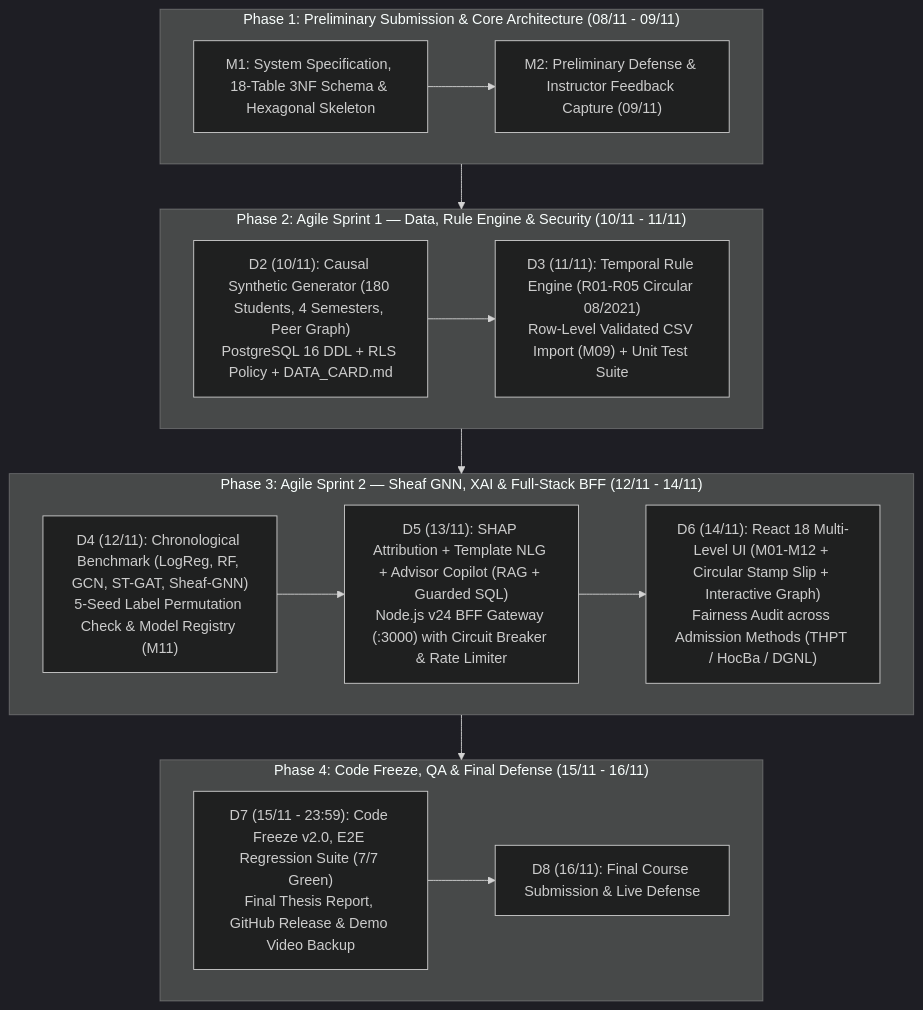
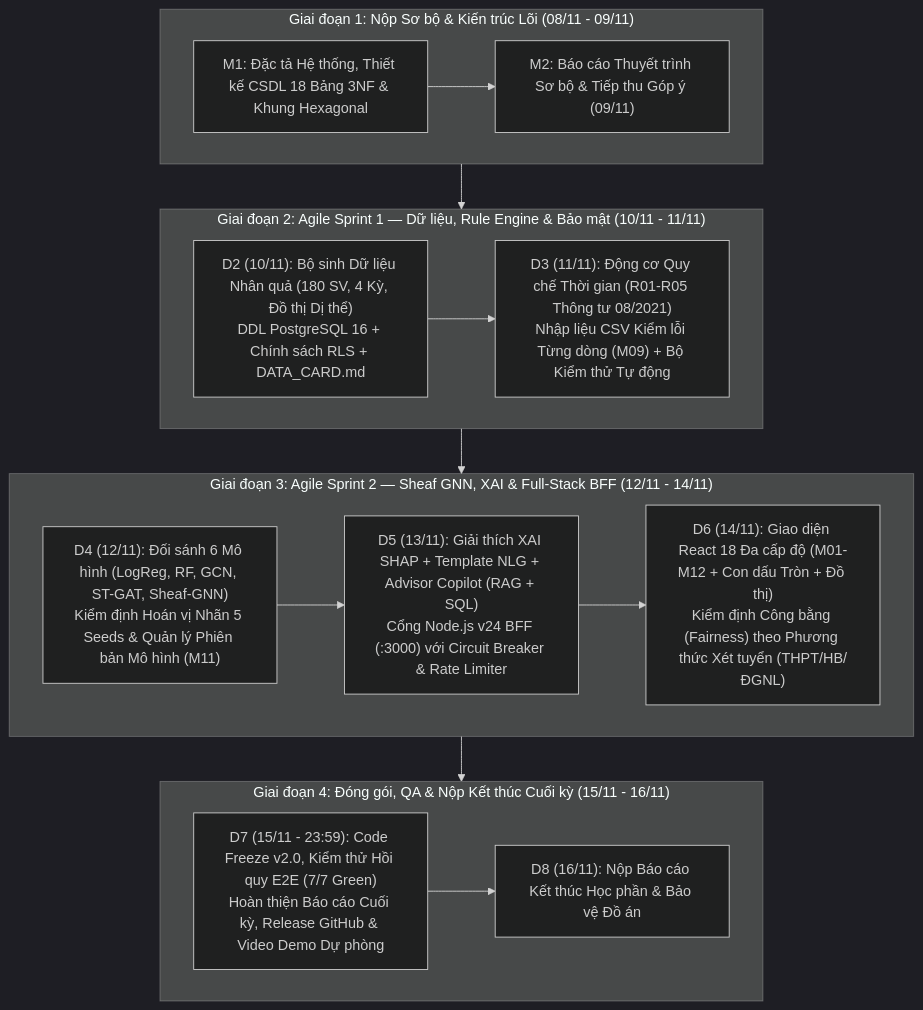
Before and after one commit to danielhuynh-04/edualert-hexagonal-gnn: the eighth of 9 diagrams in README.md, drawn with Mermaid (dark theme). The commit also changed other lines of this file and 1 other file, not shown here.

````diff
--- a/README.md
+++ b/README.md
@@ -353,29 +357,29 @@
 ```mermaid
 flowchart TD
-    subgraph W1["Phase 1: Preliminary Submission & Core Architecture (08/11 - 09/11)"]
-        M1["M1: System Specification, 18-Table 3NF Schema & Hexagonal Skeleton"]
-        M2["M2: Preliminary Defense & Instructor Feedback Capture (09/11)"]
+    subgraph W1["Giai đoạn 1: Nộp Sơ bộ & Kiến trúc Lõi (08/11 - 09/11)"]
+        M1["M1: Đặc tả Hệ thống, Thiết kế CSDL 18 Bảng 3NF & Khung Hexagonal"]
+        M2["M2: Báo cáo Thuyết trình Sơ bộ & Tiếp thu Góp ý (09/11)"]
         M1 --> M2
     end
 
-    subgraph W2["Phase 2: Agile Sprint 1 — Data, Rule Engine & Security (10/11 - 11/11)"]
-        S1A["D2 (10/11): Causal Synthetic Generator (180 Students, 4 Semesters, Peer Graph)\nPostgreSQL 16 DDL + RLS Policy + DATA_CARD.md"]
-        S1B["D3 (11/11): Temporal Rule Engine (R01-R05 Circular 08/2021)\nRow-Level Validated CSV Import (M09) + Unit Test Suite"]
+    subgraph W2["Giai đoạn 2: Agile Sprint 1 — Dữ liệu, Rule Engine & Bảo mật (10/11 - 11/11)"]
+        S1A["D2 (10/11): Bộ sinh Dữ liệu Nhân quả (180 SV, 4 Kỳ, Đồ thị Dị thể)\nDDL PostgreSQL 16 + Chính sách RLS + DATA_CARD.md"]
+        S1B["D3 (11/11): Động cơ Quy chế Thời gian (R01-R05 Thông tư 08/2021)\nNhập liệu CSV Kiểm lỗi Từng dòng (M09) + Bộ Kiểm thử Tự động"]
         S1A --> S1B
     end
 
-    subgraph W3["Phase 3: Agile Sprint 2 — Sheaf GNN, XAI & Full-Stack BFF (12/11 - 14/11)"]
-        S2A["D4 (12/11): Chronological Benchmark (LogReg, RF, GCN, ST-GAT, Sheaf-GNN)\n5-Seed Label Permutation Check & Model Registry (M11)"]
-        S2B["D5 (13/11): SHAP Attribution + Template NLG + Advisor Copilot (RAG + Guarded SQL)\nNode.js v24 BFF Gateway (:3000) with Circuit Breaker & Rate Limiter"]
-        S2C["D6 (14/11): React 18 Multi-Level UI (M01-M12 + Circular Stamp Slip + Interactive Graph)\nFairness Audit across Admission Methods (THPT / HocBa / DGNL)"]
+    subgraph W3["Giai đoạn 3: Agile Sprint 2 — Sheaf GNN, XAI & Full-Stack BFF (12/11 - 14/11)"]
+        S2A["D4 (12/11): Đối sánh 6 Mô hình (LogReg, RF, GCN, ST-GAT, Sheaf-GNN)\nKiểm định Hoán vị Nhãn 5 Seeds & Quản lý Phiên bản Mô hình (M11)"]
+        S2B["D5 (13/11): Giải thích XAI SHAP + Template NLG + Advisor Copilot (RAG + SQL)\nCổng Node.js v24 BFF (:3000) với Circuit Breaker & Rate Limiter"]
+        S2C["D6 (14/11): Giao diện React 18 Đa cấp độ (M01-M12 + Con dấu Tròn + Đồ thị)\nKiểm định Công bằng (Fairness) theo Phương thức Xét tuyển (THPT/HB/ĐGNL)"]
         S2A --> S2B --> S2C
     end
 
-    subgraph W4["Phase 4: Code Freeze, QA & Final Defense (15/11 - 16/11)"]
-        F1["D7 (15/11 - 23:59): Code Freeze v2.0, E2E Regression Suite (7/7 Green)\nFinal Thesis Report, GitHub Release & Demo Video Backup"]
-        F2["D8 (16/11): Final Course Submission & Live Defense"]
+    subgraph W4["Giai đoạn 4: Đóng gói, QA & Nộp Kết thúc Cuối kỳ (15/11 - 16/11)"]
+        F1["D7 (15/11 - 23:59): Code Freeze v2.0, Kiểm thử Hồi quy E2E (7/7 Green)\nHoàn thiện Báo cáo Cuối kỳ, Release GitHub & Video Demo Dự phòng"]
+        F2["D8 (16/11): Nộp Báo cáo Kết thúc Học phần & Bảo vệ Đồ án"]
         F1 --> F2
     end
 
     W1 --> W2 --> W3 --> W4
 ```
````
